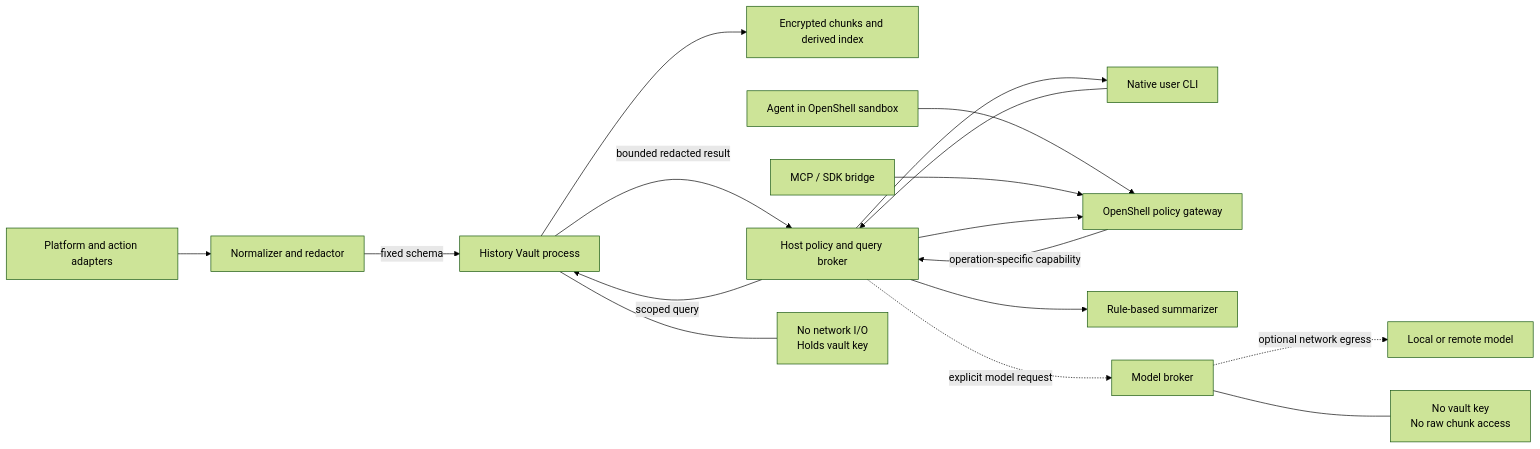
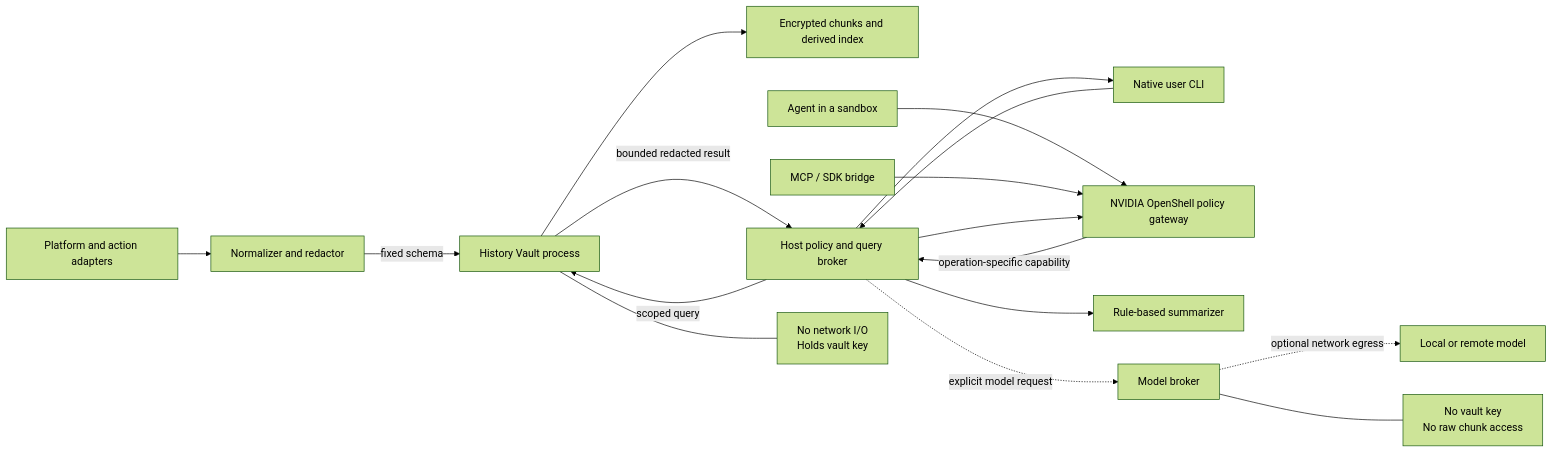
Before and after one commit to trycua/cua: the seventh of 7 diagrams in libs/cua-driver/docs/computer-history-architecture.md, drawn with Mermaid (forest theme). The commit also changed other lines of this file and 1 other file, not shown here.

````diff
--- a/libs/cua-driver/docs/computer-history-architecture.md
+++ b/libs/cua-driver/docs/computer-history-architecture.md
@@ -673,20 +727,20 @@
 ```mermaid
 flowchart LR
     A[Platform and action adapters] --> N[Normalizer and redactor]
     N -->|fixed schema| V[History Vault process]
     V --> E[Encrypted chunks and derived index]
     C[Native user CLI] --> P[Host policy and query broker]
-    G[Agent in OpenShell sandbox] --> O[OpenShell policy gateway]
+    G[Agent in a sandbox] --> O[NVIDIA OpenShell policy gateway]
     O -->|operation-specific capability| P
     S[MCP / SDK bridge] --> O
     P -->|scoped query| V
     V -->|bounded redacted result| P
     P --> C
     P --> O
     P --> R[Rule-based summarizer]
     P -. explicit model request .-> M[Model broker]
     M -. optional network egress .-> L[Local or remote model]
 
     V --- K[No network I/O\nHolds vault key]
     M --- Z[No vault key\nNo raw chunk access]
 ```
````
